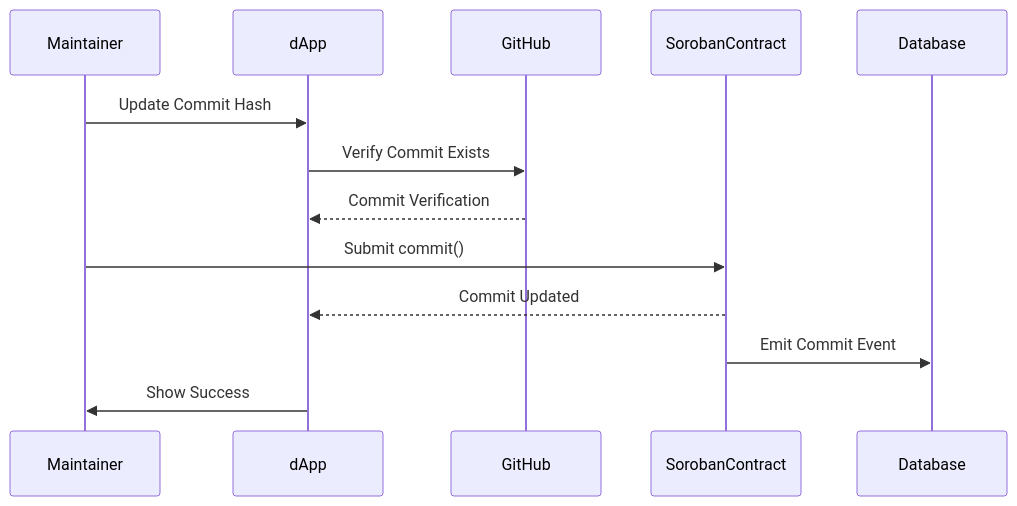
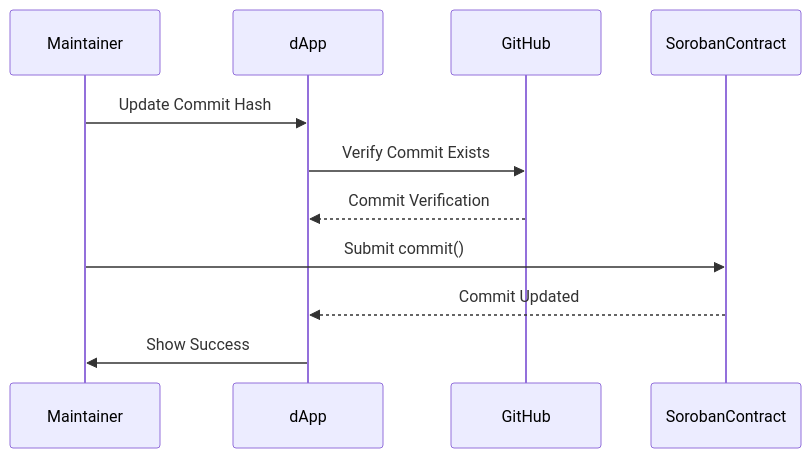
Before and after one commit to Consulting-Manao/tansu: the fifth of 6 diagrams in website/docs/developers/user_flows.mdx, drawn with Mermaid. The commit also changed other lines of this file and 16 other files, not shown here.

````diff
--- a/website/docs/developers/user_flows.mdx
+++ b/website/docs/developers/user_flows.mdx
@@ -278,16 +269,14 @@
 ```mermaid
 sequenceDiagram
   participant M as Maintainer
   participant D as dApp
   participant GH as GitHub
   participant SC as SorobanContract
-  participant DB as Database
 
   M->>D: Update Commit Hash
   D->>GH: Verify Commit Exists
   GH-->>D: Commit Verification
   M->>SC: Submit commit()
   SC-->>D: Commit Updated
-  SC->>DB: Emit Commit Event
   D->>M: Show Success
 ```
````
